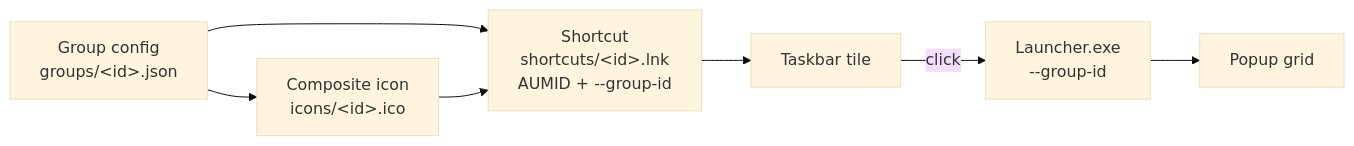
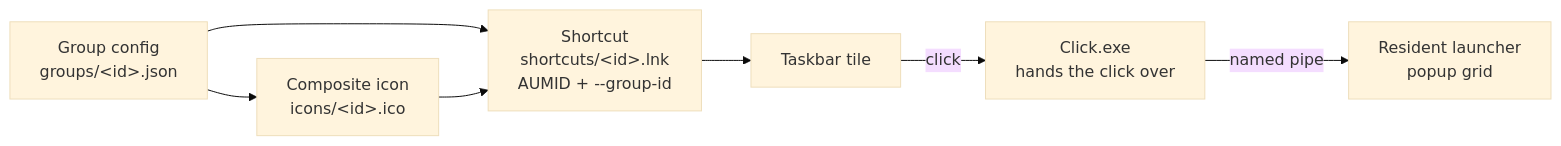
One commit to aybrkaknc/taskbar-grouping changed the diagram in README.md. Above: the diagram before and after it, drawn with Mermaid (base theme). The commit also changed other lines of this file and 6 other files, not shown here.

First line of the commit message:
docs: describe the resident launcher, the click client and the 1.0.0 behaviour

````diff
--- a/README.md
+++ b/README.md
@@ -224,9 +224,9 @@
 ```mermaid
 graph LR
     A[Group config<br/>groups/&lt;id&gt;.json] --> B[Composite icon<br/>icons/&lt;id&gt;.ico]
     A --> C[Shortcut<br/>shortcuts/&lt;id&gt;.lnk<br/>AUMID + --group-id]
     B --> C
     C --> D[Taskbar tile]
-    D -->|click| E[Launcher.exe<br/>--group-id]
-    E --> F[Popup grid]
+    D -->|click| E[Click.exe<br/>hands the click over]
+    E -->|named pipe| F[Resident launcher<br/>popup grid]
 ```
````
